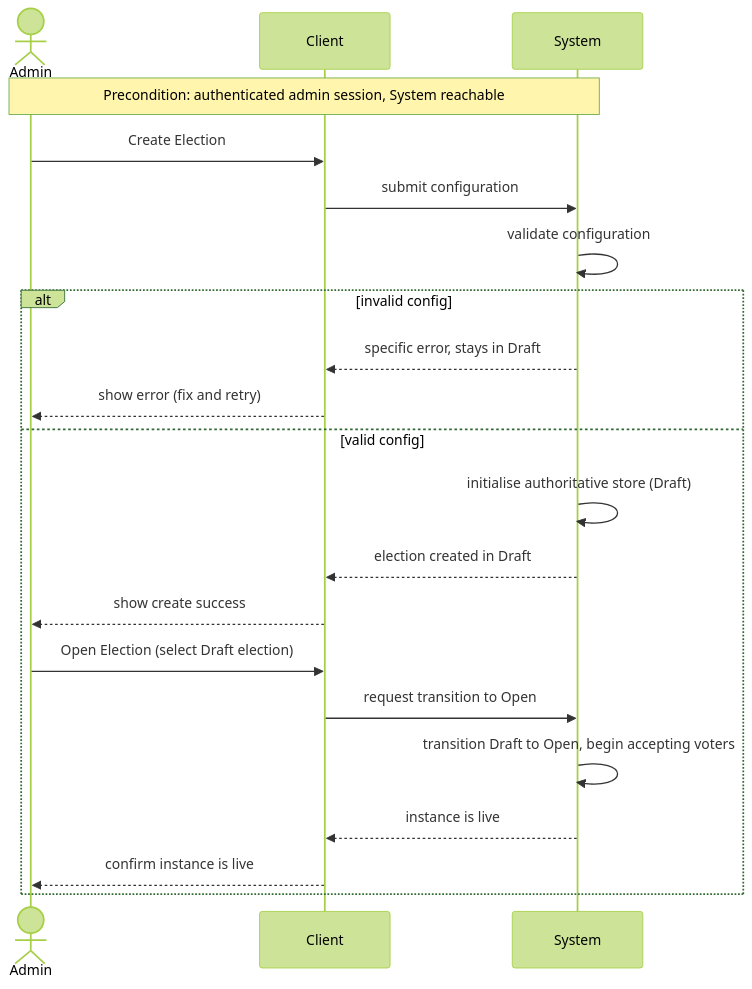
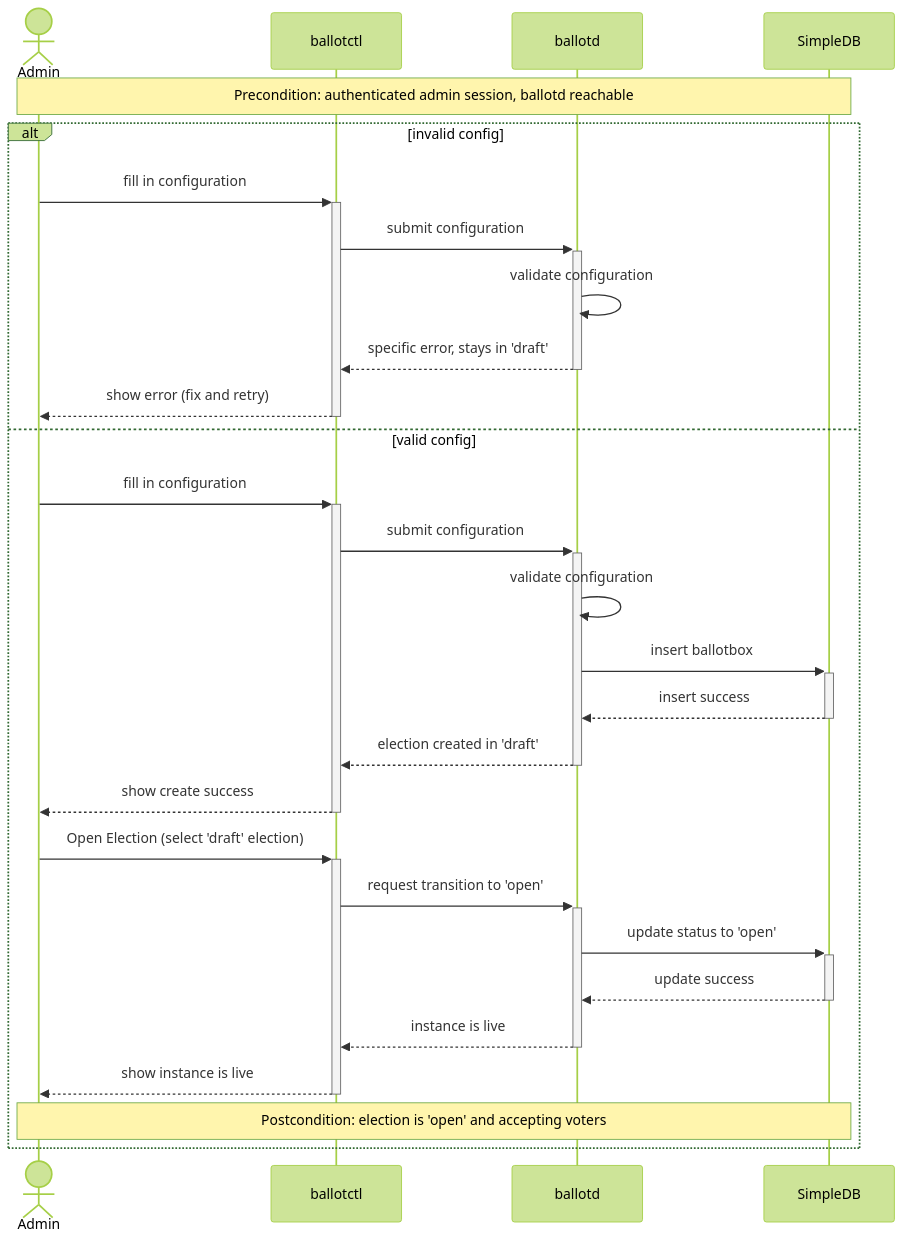
The second of 8 diagrams in README.md (JediNakDev/ballotbox), drawn with Mermaid (forest theme) before and after one commit. The commit also changed other lines of this file, not shown here.

Commit message:
docs: architecture detail

````diff
--- a/README.md
+++ b/README.md
@@ -81,25 +78,32 @@
 ```mermaid
 sequenceDiagram
     actor Admin
-    participant Client
-    participant System
+    participant ballotctl
+    participant ballotd
+    participant SimpleDB
 
-    note over Admin,System: Precondition: authenticated admin session, System reachable
+    note over Admin,SimpleDB: Precondition: authenticated admin session, ballotd reachable
 
-    Admin->>Client: Create Election
-    Client->>System: submit configuration
-    System->>System: validate configuration
     alt invalid config
-        System-->>Client: specific error, stays in Draft
-        Client-->>Admin: show error (fix and retry)
+        Admin->>+ballotctl: fill in configuration
+        ballotctl->>+ballotd: submit configuration
+        ballotd->>ballotd: validate configuration
+        ballotd-->>-ballotctl: specific error, stays in 'draft'
+        ballotctl-->>-Admin: show error (fix and retry)
     else valid config
-        System->>System: initialise authoritative store (Draft)
-        System-->>Client: election created in Draft
-        Client-->>Admin: show create success
-        Admin->>Client: Open Election (select Draft election)
-        Client->>System: request transition to Open
-        System->>System: transition Draft to Open, begin accepting voters
-        System-->>Client: instance is live
-        Client-->>Admin: confirm instance is live
+        Admin->>+ballotctl: fill in configuration
+        ballotctl->>+ballotd: submit configuration
+        ballotd->>ballotd: validate configuration
+        ballotd->>+SimpleDB: insert ballotbox
+        SimpleDB-->>-ballotd: insert success
+        ballotd-->>-ballotctl: election created in 'draft'
+        ballotctl-->>-Admin: show create success
+        Admin->>+ballotctl: Open Election (select 'draft' election)
+        ballotctl->>+ballotd: request transition to 'open'
+        ballotd->>+SimpleDB: update status to 'open'
+        SimpleDB-->>-ballotd: update success
+        ballotd-->>-ballotctl: instance is live
+        ballotctl-->>-Admin: show instance is live
+        note over Admin,SimpleDB: Postcondition: election is 'open' and accepting voters
     end
 ```
````
